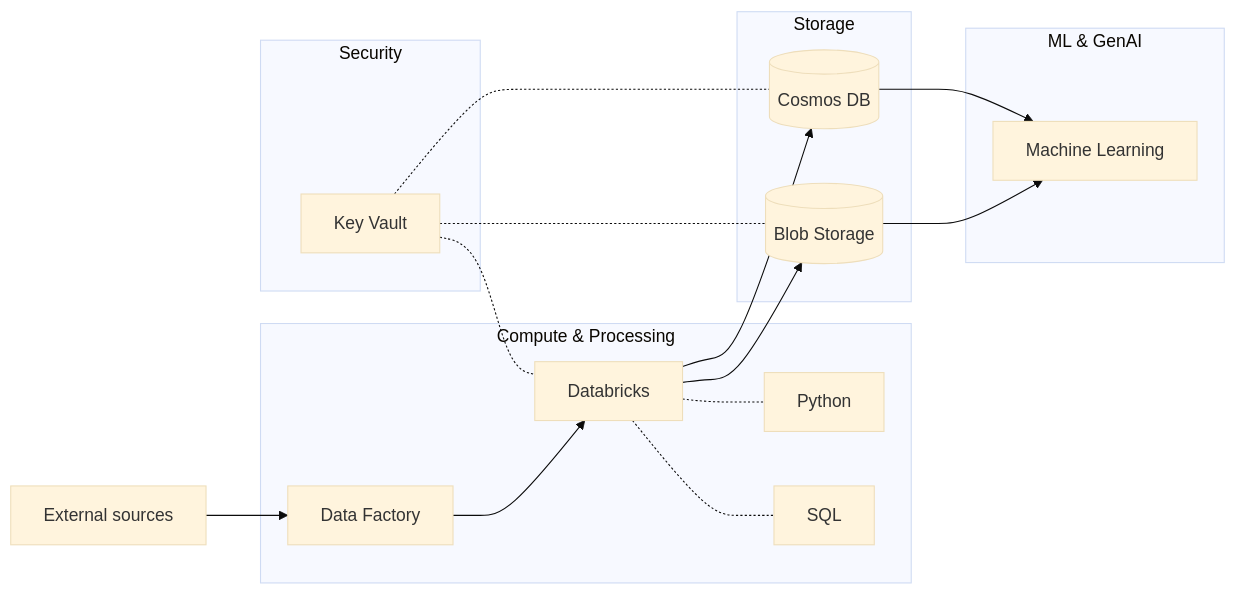
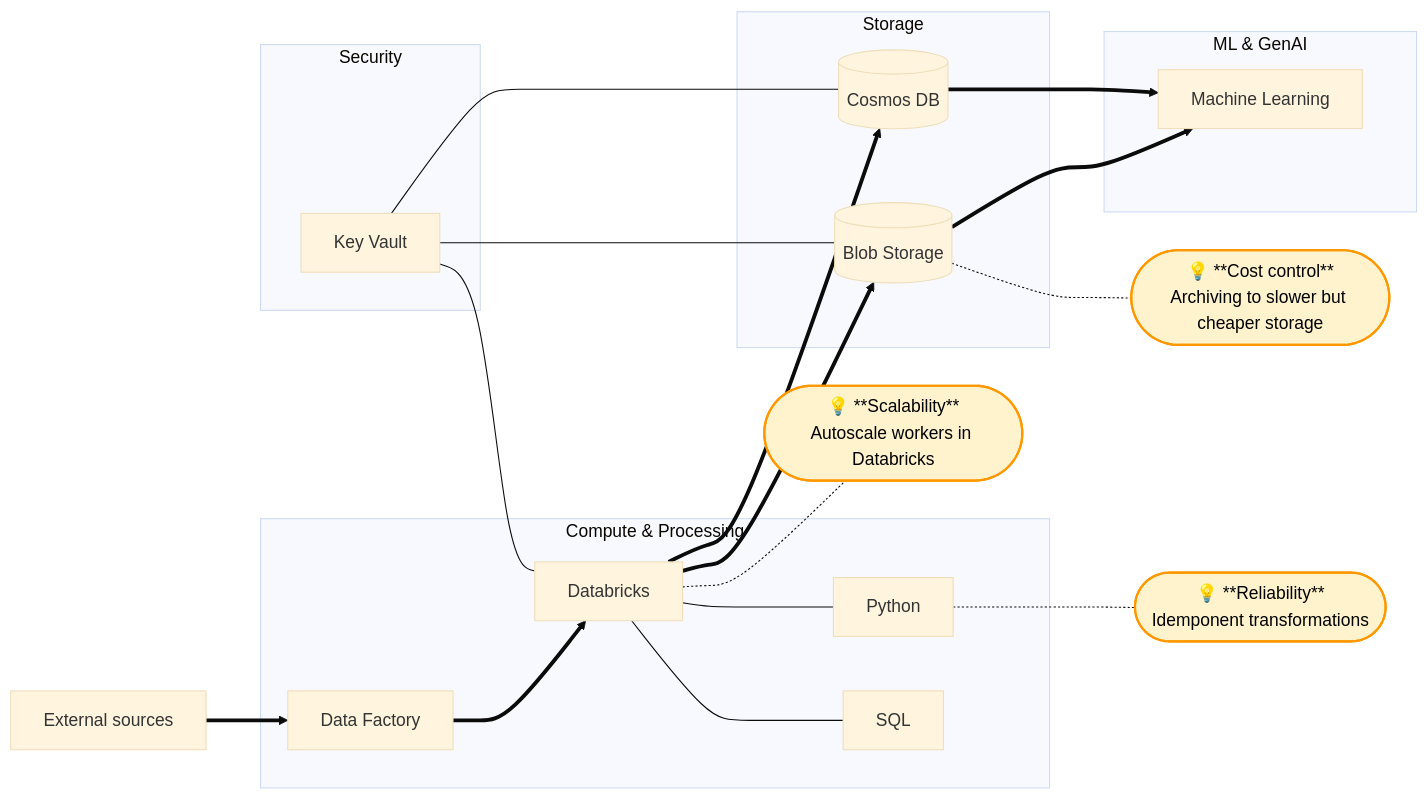
One commit to Artem-Manin/marktguru-home-assignment changed the second of 2 diagrams in docs/system_design_and_architecture.md. Above: the diagram before and after it, drawn with Mermaid (base theme). The commit also changed other lines of this file and 2 other files, not shown here.

Commit message:
ml_ver_11

````diff
--- a/docs/system_design_and_architecture.md
+++ b/docs/system_design_and_architecture.md
@@ -92,30 +87,36 @@
 ```mermaid
 flowchart LR
     subgraph Compute & Processing
         D[Databricks]
         P[Python]
         SQL
         DF[Data Factory]
     end
     subgraph Storage
         B[(Blob Storage)]
         CDB[(Cosmos DB)]
     end
     subgraph Security
         KV[Key Vault]
     end
     subgraph ML & GenAI
         ML[Machine Learning]
     end
-D -.- P
-D -.- SQL
-E[External sources] --> DF
-DF --> D
-D --> B
-D --> CDB
-KV -.- B
-KV -.- CDB
-KV -.- D
-B --> ML
-CDB --> ML
+D --- P
+D --- SQL
+E[External sources] ==> DF
+DF ==> D
+D ==> B
+D ==> CDB
+KV --- B
+KV --- CDB
+KV --- D
+B ==> ML
+CDB ==> ML
+B -.- CC1([💡 **Cost control**<br>Archiving to slower but cheaper storage])
+D -.- S1([💡 **Scalability**<br>Autoscale workers in Databricks])
+P -.- R1([💡 **Reliability**<br>Idemponent transformations])
+style CC1 fill:#fff3cd,stroke:#ff9800,stroke-width:2px,color:#000
+style S1 fill:#fff3cd,stroke:#ff9800,stroke-width:2px,color:#000
+style R1 fill:#fff3cd,stroke:#ff9800,stroke-width:2px,color:#000
 ```
````
